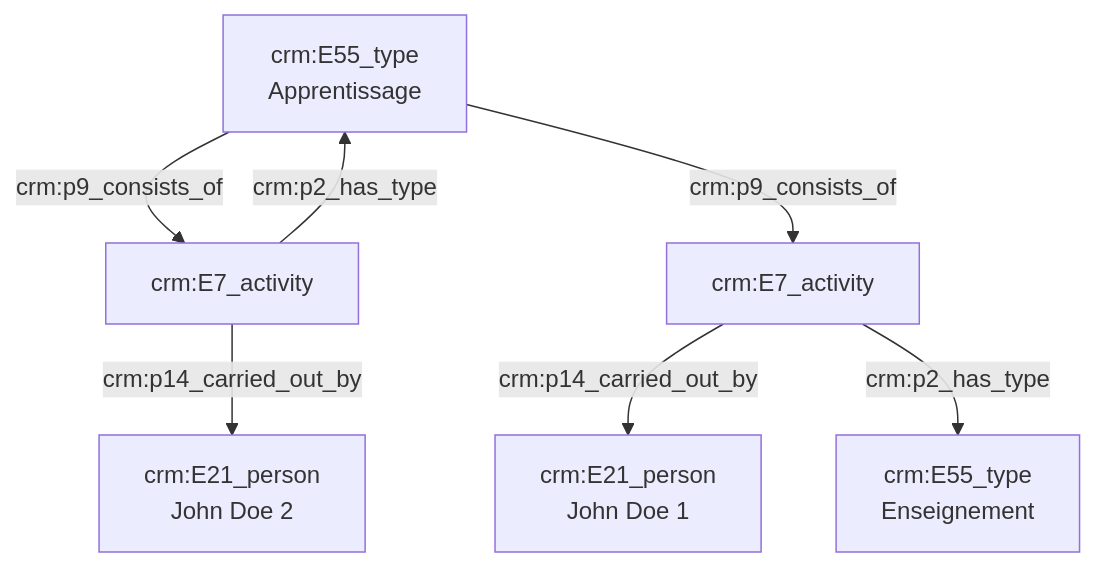
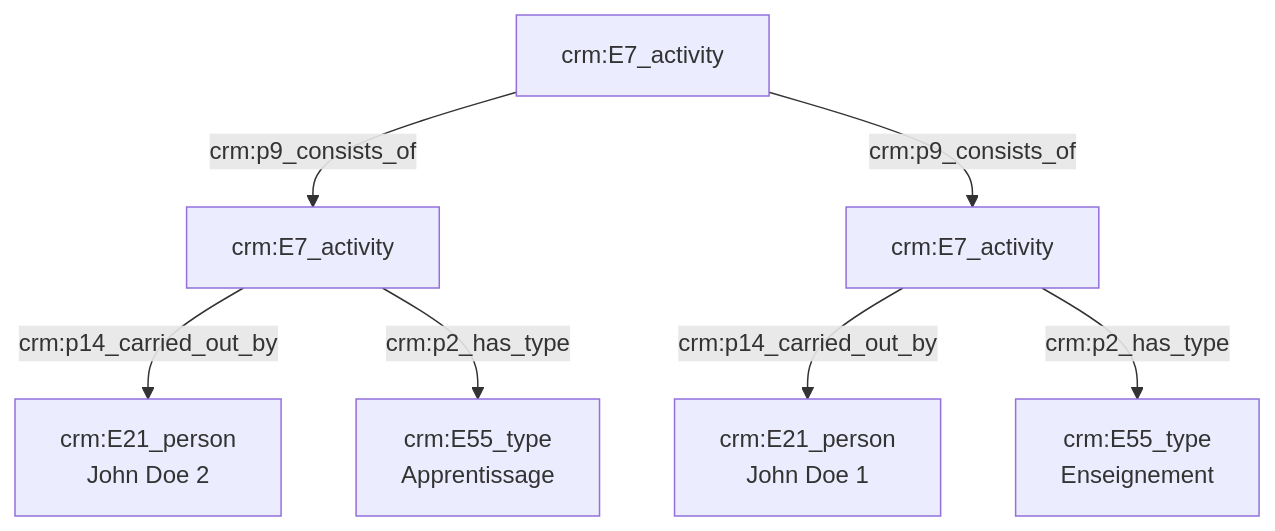
One commit to Amleth/consortium-musica2-gt2-ontologies changed the diagram in modules/livrables/Dossier 2/Prosopographie/relation de maître à élève.md. Above: the diagram before and after it, drawn with Mermaid.

Commit message:
Update relation de maître à élève.md

````diff
--- a/modules/livrables/Dossier 2/Prosopographie/relation de maître à élève.md
+++ b/modules/livrables/Dossier 2/Prosopographie/relation de maître à élève.md
@@ -12,15 +12,15 @@
 ```mermaid
 graph TD;
 
 F[crm:E7_activity] --> |crm:p9_consists_of| D[crm:E7_activity]
 F[crm:E7_activity] --> |crm:p9_consists_of| A[crm:E7_activity]
 
 A[crm:E7_Activity] --> |crm:p14_carried_out_by| B[crm:E21_person<br>John Doe 1]
 A[crm:E7_activity] --> |crm:p2_has_type| C[crm:E55_type<br>Enseignement]
 
 D[crm:E7_Activity] --> |crm:p14_carried_out_by| E[crm:E21_person<br>John Doe 2]
-D[crm:E7_activity] --> |crm:p2_has_type| F[crm:E55_type<br>Apprentissage]
+D[crm:E7_activity] --> |crm:p2_has_type| G[crm:E55_type<br>Apprentissage]
 
 
 
 ```
````
